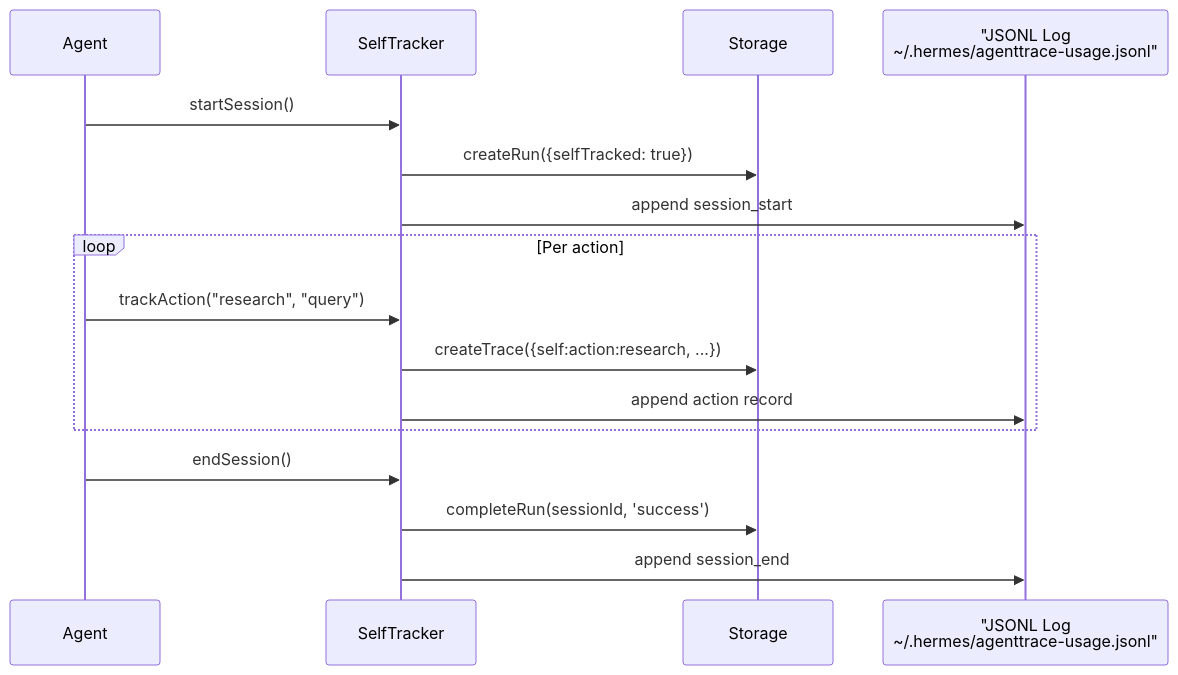
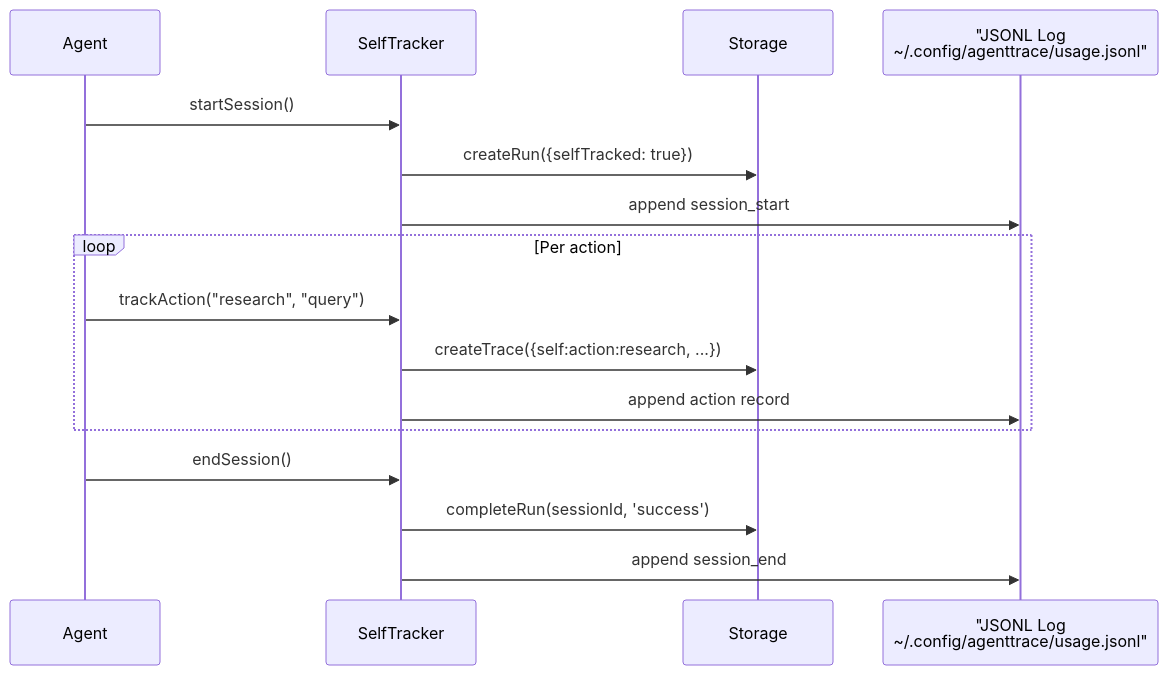
The fifth of 10 diagrams in docs/ARCHITECTURE.md (Klepsiphron/agenttrace), drawn with Mermaid before and after one commit. The commit also changed 1 other file, not shown here.

Commit message:
chore: auto-format and lint fixes

````diff
--- a/docs/ARCHITECTURE.md
+++ b/docs/ARCHITECTURE.md
@@ -179,21 +179,21 @@
 ```mermaid
 sequenceDiagram
     participant Agent
     participant SelfTracker
     participant Storage
-    participant JSONL as "JSONL Log<br/>~/.hermes/agenttrace-usage.jsonl"
+    participant JSONL as "JSONL Log<br/>~/.config/agenttrace/usage.jsonl"
 
     Agent->>SelfTracker: startSession()
     SelfTracker->>Storage: createRun({selfTracked: true})
     SelfTracker->>JSONL: append session_start
 
     loop Per action
         Agent->>SelfTracker: trackAction("research", "query")
         SelfTracker->>Storage: createTrace({self:action:research, ...})
         SelfTracker->>JSONL: append action record
     end
 
     Agent->>SelfTracker: endSession()
     SelfTracker->>Storage: completeRun(sessionId, 'success')
     SelfTracker->>JSONL: append session_end
 ```
````
